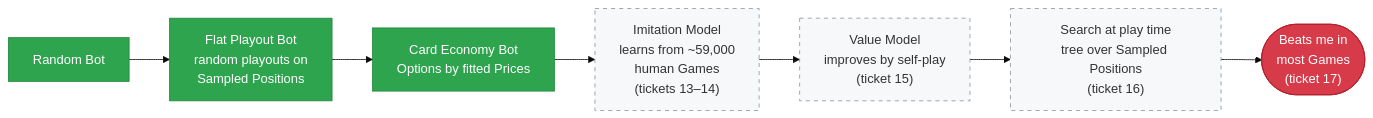
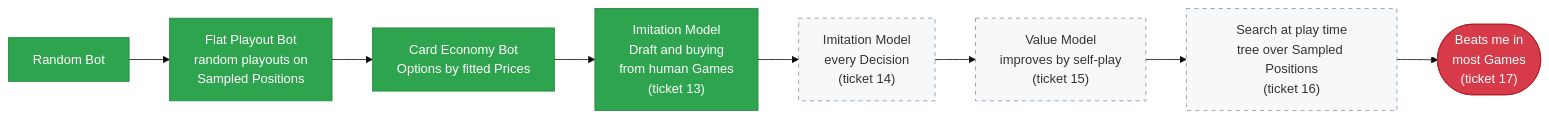
One commit to niels32167/tfm-with-bots changed the seventh of 7 diagrams in README.md. Above: the diagram before and after it, drawn with Mermaid (base theme). The commit also changed other lines of this file and 27 other files, not shown here.

First line of the commit message:
Imitate strong Players' setup, Draft and buy picks (ticket 13 of phase 2)

````diff
--- a/README.md
+++ b/README.md
@@ -367,12 +376,13 @@
 ```mermaid
 flowchart LR
     R["Random Bot"]:::done --> F["Flat Playout Bot<br/>random playouts on<br/>Sampled Positions"]:::done
     F --> C["Card Economy Bot<br/>Options by fitted Prices"]:::done
-    C --> I["Imitation Model<br/>learns from ~59,000<br/>human Games<br/>(tickets 13–14)"]:::todo
-    I --> V["Value Model<br/>improves by self-play<br/>(ticket 15)"]:::todo
+    C --> I["Imitation Model<br/>Draft and buying<br/>from human Games<br/>(ticket 13)"]:::done
+    I --> I2["Imitation Model<br/>every Decision<br/>(ticket 14)"]:::todo
+    I2 --> V["Value Model<br/>improves by self-play<br/>(ticket 15)"]:::todo
     V --> S["Search at play time<br/>tree over Sampled Positions<br/>(ticket 16)"]:::todo
     S --> H(["Beats me in<br/>most Games<br/>(ticket 17)"]):::goal
     classDef done fill:#2ea44f,color:#fff,stroke:#22863a
     classDef todo fill:#f6f8fa,stroke:#8b949e,stroke-dasharray: 5 5
     classDef goal fill:#d73a49,color:#fff,stroke:#b31d28
 ```
````
